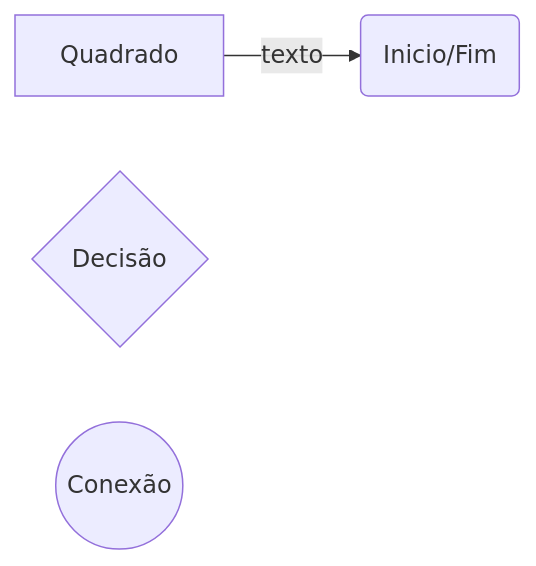
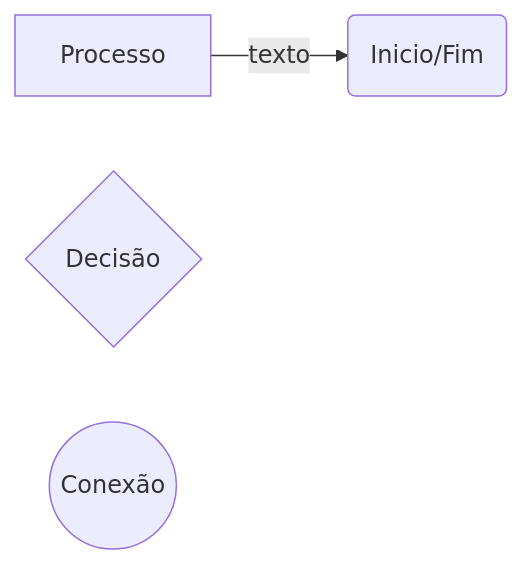
Before and after one commit to BackFront/trade: the third of 3 diagrams in docs/.stackedit-trash/Welcome file.md, drawn with Mermaid. The commit also changed other lines of this file, not shown here.

Commit message:
docs/.stackedit-trash/Welcome file.md updated from https://stackedit.io/

````diff
--- a/docs/.stackedit-trash/Welcome file.md
+++ b/docs/.stackedit-trash/Welcome file.md
@@ -145,8 +145,8 @@
 ```mermaid
 graph LR
 
-A[Quadrado] -- texto -->
+A[Processo] -- texto -->
 B(Inicio/Fim)
 C{Decisão}
 D((Conexão))
 ```
````
